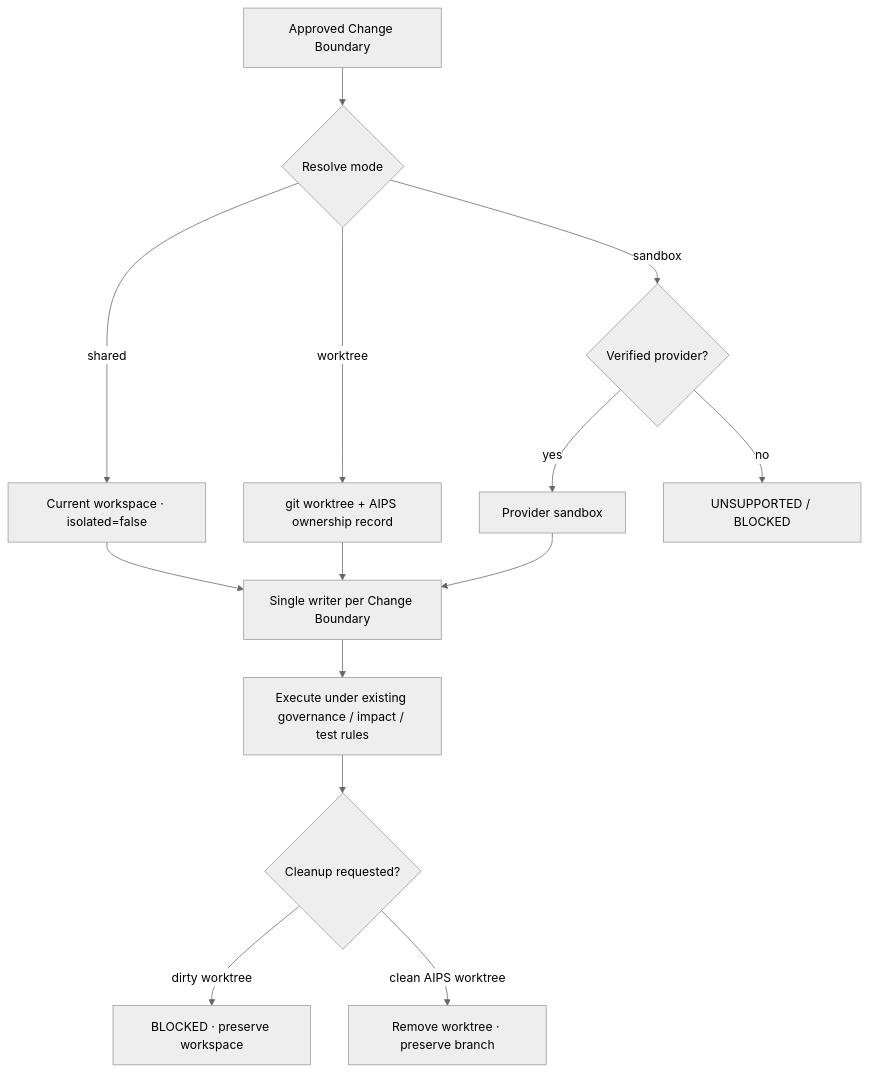
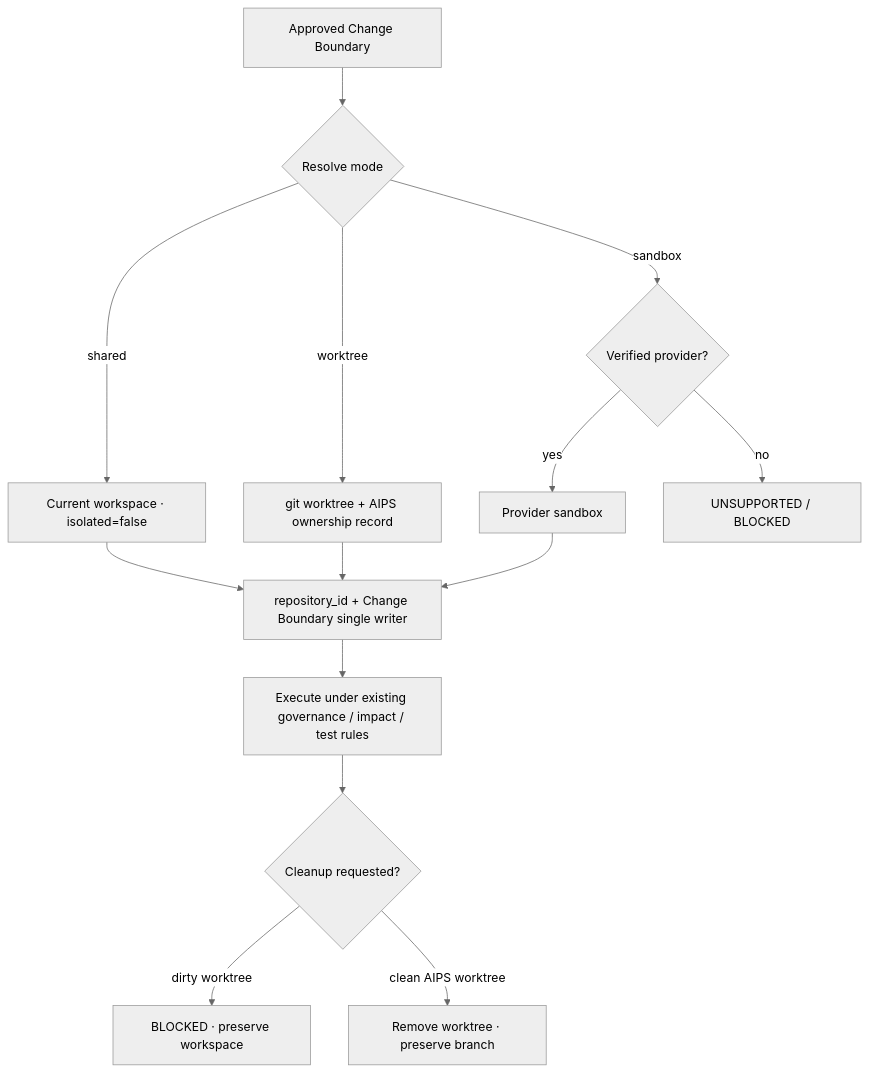
Before and after one commit to LucasLu3918/ai-product-system: diagram 23 of 24 in docs/ARCHITECTURE.md, drawn with Mermaid (neutral theme). The commit also changed other lines of this file, not shown here.

Commit message:
docs(architecture): add canonical identity flow

```diff
--- a/docs/ARCHITECTURE.md
+++ b/docs/ARCHITECTURE.md
@@ -543,16 +543,16 @@
 ~~~mermaid
 flowchart TD
     P[Approved Change Boundary] --> R{Resolve mode}
     R -->|shared| SH[Current workspace · isolated=false]
     R -->|worktree| WT[git worktree + AIPS ownership record]
     R -->|sandbox| SP{Verified provider?}
     SP -->|yes| SB[Provider sandbox]
     SP -->|no| B[UNSUPPORTED / BLOCKED]
-    WT --> SW[Single writer per Change Boundary]
+    WT --> SW[repository_id + Change Boundary single writer]
     SB --> SW
     SH --> SW
     SW --> E[Execute under existing governance / impact / test rules]
     E --> C{Cleanup requested?}
     C -->|dirty worktree| K[BLOCKED · preserve workspace]
     C -->|clean AIPS worktree| RM[Remove worktree · preserve branch]
 ~~~
```
